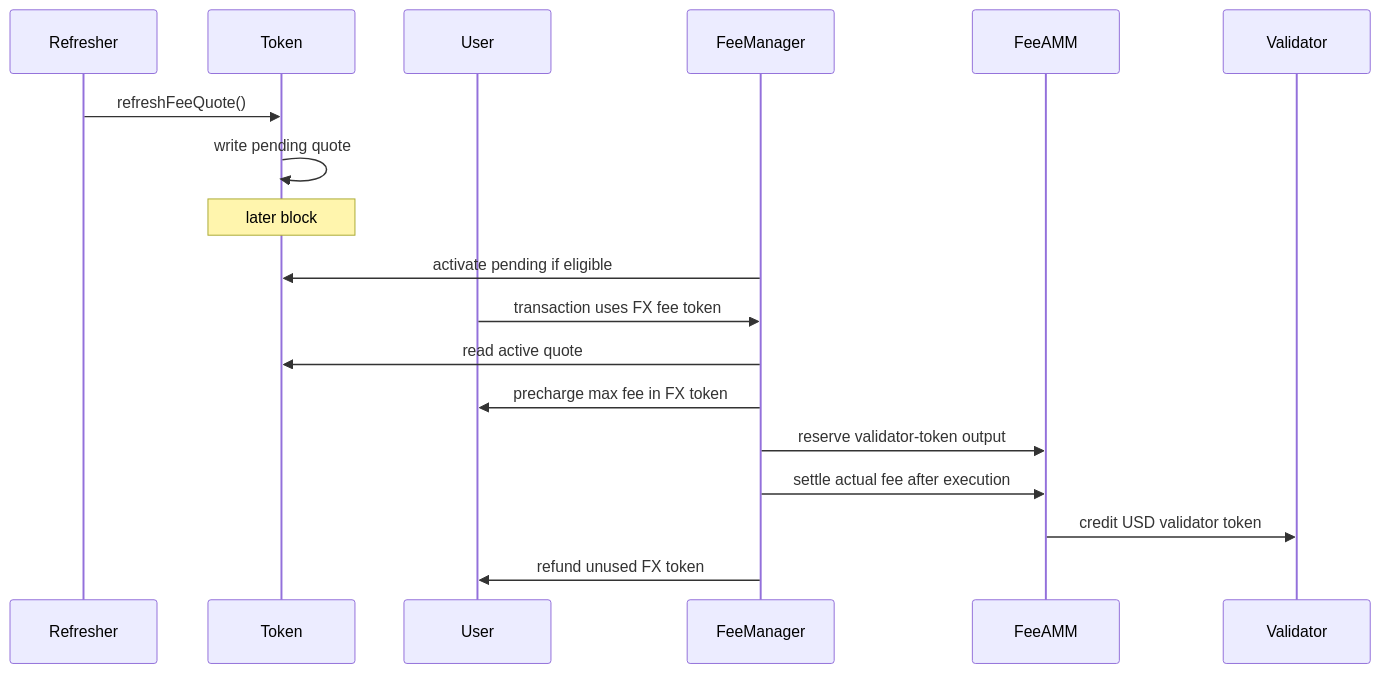
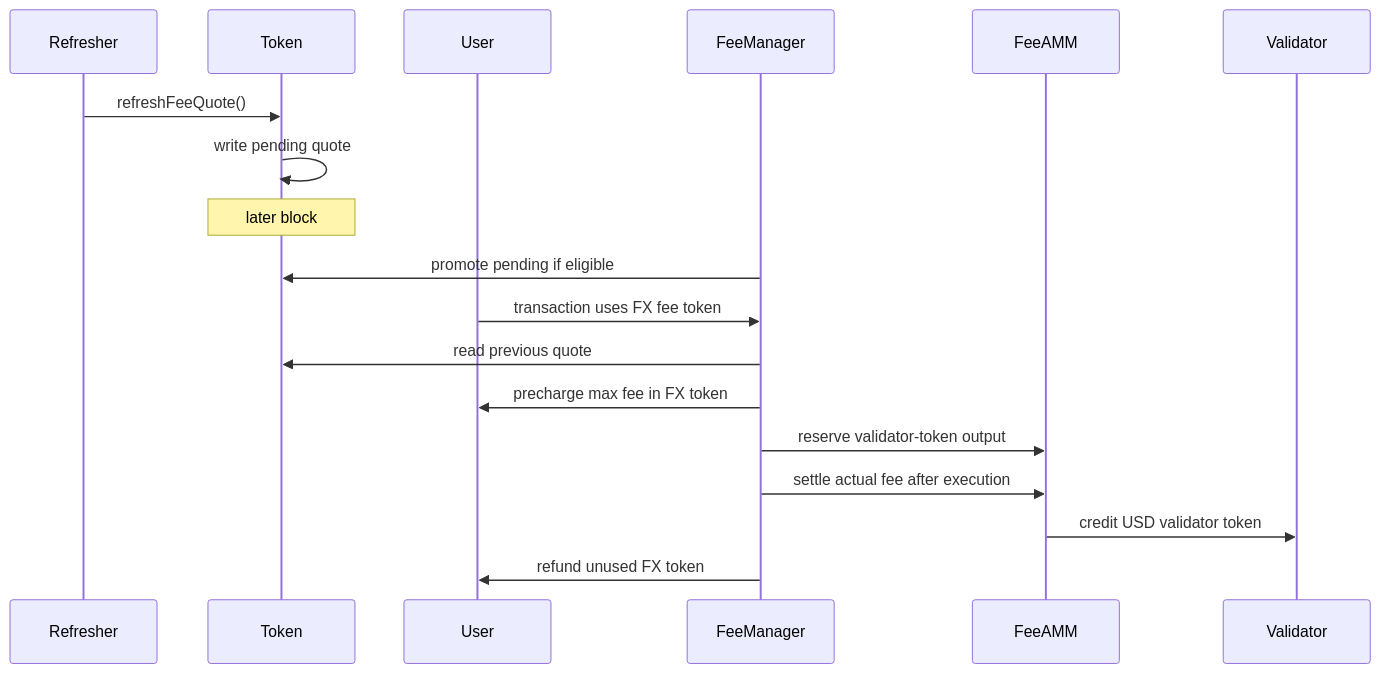
Before and after one commit to tempoxyz/tempo: the diagram in tips/tip-1054.md, drawn with Mermaid. The commit also changed other lines of this file, not shown here.

Commit message:
docs(tip-1054): simplify fee quote cache

````diff
--- a/tips/tip-1054.md
+++ b/tips/tip-1054.md
@@ -77,21 +77,21 @@
 ```mermaid
 sequenceDiagram
     participant Refresher
     participant Token
     participant User
     participant FeeManager
     participant FeeAMM
     participant Validator
 
     Refresher->>Token: refreshFeeQuote()
     Token->>Token: write pending quote
     Note over Token: later block
-    FeeManager->>Token: activate pending if eligible
+    FeeManager->>Token: promote pending if eligible
     User->>FeeManager: transaction uses FX fee token
-    FeeManager->>Token: read active quote
+    FeeManager->>Token: read previous quote
     FeeManager->>User: precharge max fee in FX token
     FeeManager->>FeeAMM: reserve validator-token output
     FeeManager->>FeeAMM: settle actual fee after execution
     FeeAMM->>Validator: credit USD validator token
     FeeManager->>User: refund unused FX token
 ```
````
